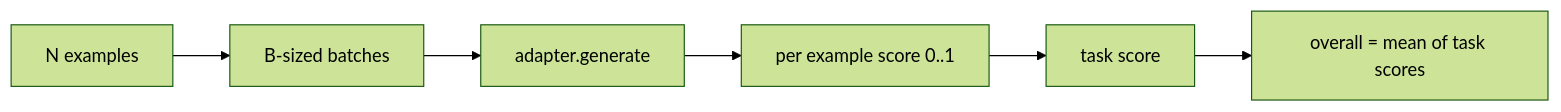
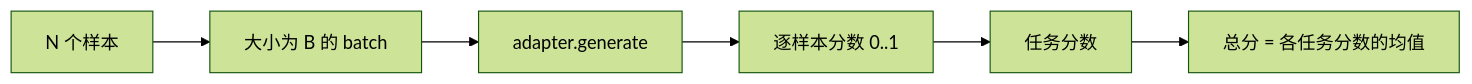
One commit to alessandrodinisio-ai/ai-engineering-learning-framework changed the second of 2 diagrams in phases/19-capstone-projects/49-lm-eval-harness/docs/zh.md. Above: the diagram before and after it, drawn with Mermaid (forest theme). The commit also changed other lines of this file and 120 other files, not shown here.

First line of the commit message:
i18n(mermaid): 337 个 mermaid 图表标签中文化

````diff
--- a/phases/19-capstone-projects/49-lm-eval-harness/docs/zh.md
+++ b/phases/19-capstone-projects/49-lm-eval-harness/docs/zh.md
@@ -97,8 +97,8 @@
 ```mermaid
 flowchart LR
-  examples[N examples] --> batches[B-sized batches]
+  examples[N 个样本] --> batches[大小为 B 的 batch]
   batches --> adapter[adapter.generate]
-  adapter --> per[per example score 0..1]
-  per --> avg[task score]
-  avg --> over[overall = mean of task scores]
+  adapter --> per[逐样本分数 0..1]
+  per --> avg[任务分数]
+  avg --> over[总分 = 各任务分数的均值]
 ```
````
